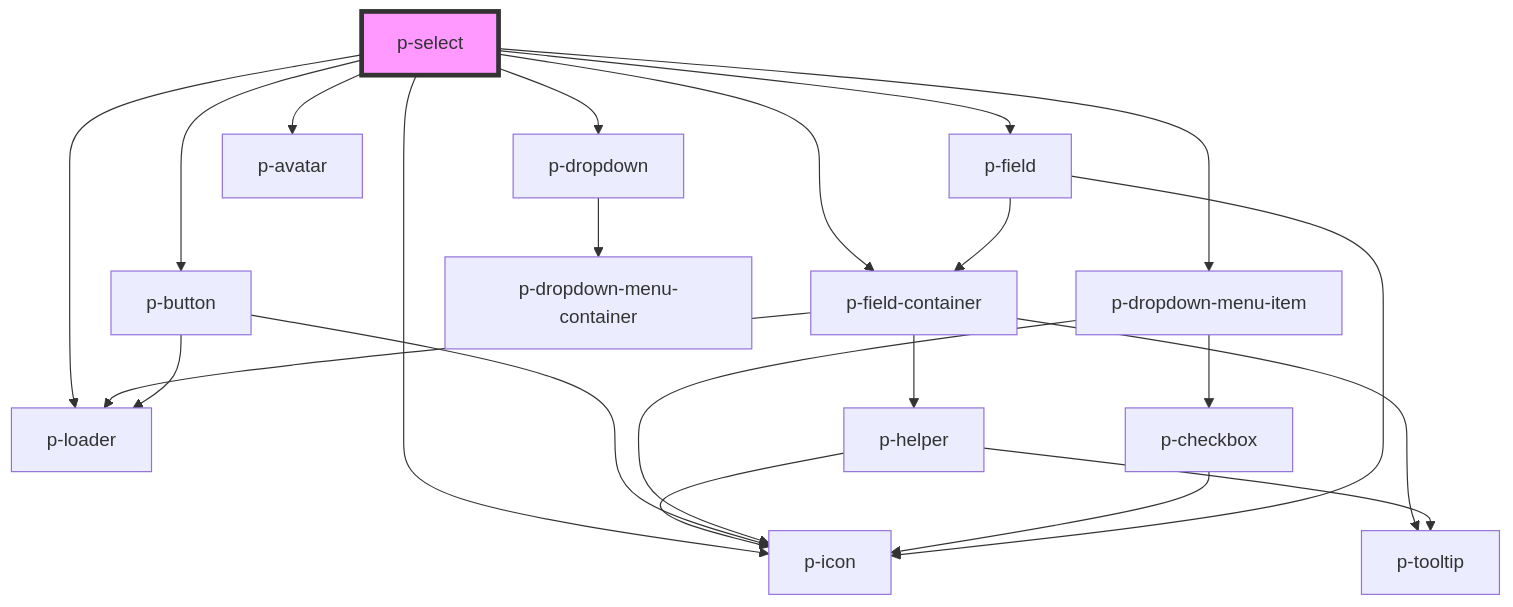
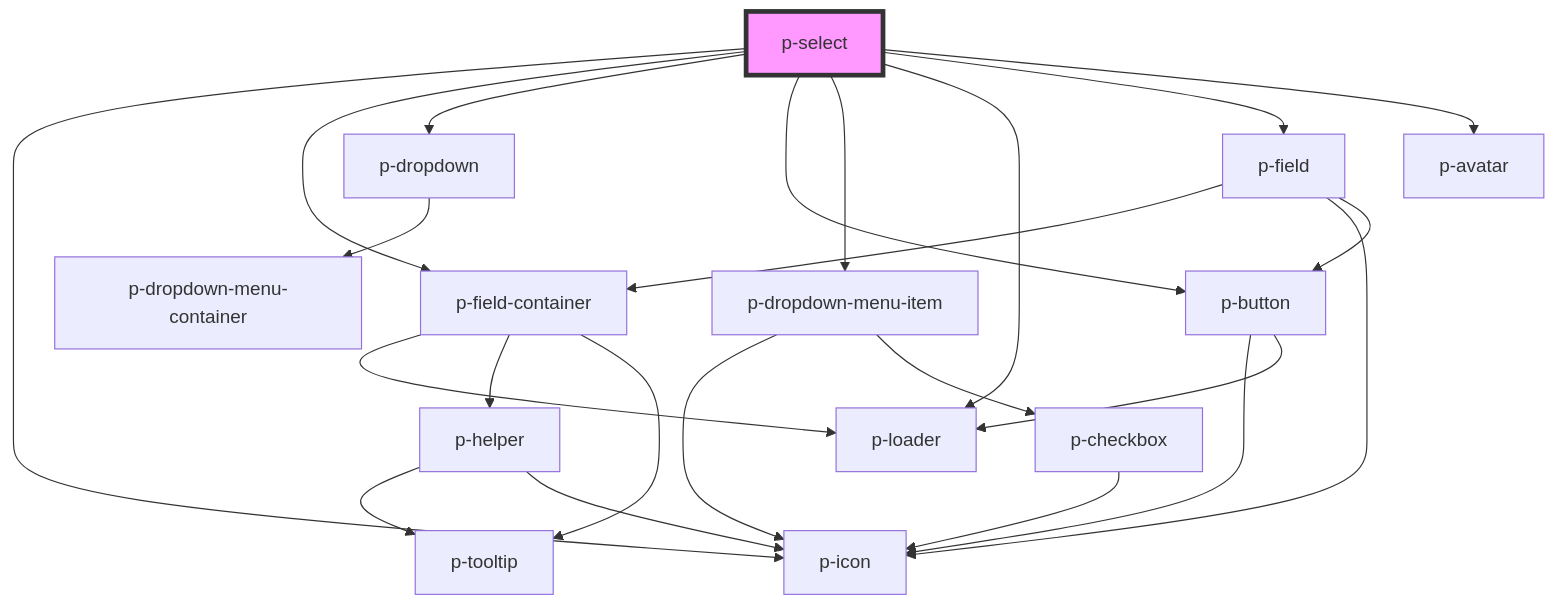
The diagram in packages/core/src/components/molecules/select/readme.md (Employes/Paperless), drawn with Mermaid before and after one commit. The commit also changed 7 other files, not shown here.

Commit message:
feat(molecules/field): Add ability to show add button

````diff
--- a/packages/core/src/components/molecules/select/readme.md
+++ b/packages/core/src/components/molecules/select/readme.md
@@ -80,25 +80,26 @@
 ```mermaid
 graph TD;
   p-select --> p-icon
   p-select --> p-field-container
   p-select --> p-dropdown
   p-select --> p-button
   p-select --> p-dropdown-menu-item
   p-select --> p-loader
   p-select --> p-field
   p-select --> p-avatar
   p-field-container --> p-loader
   p-field-container --> p-helper
   p-field-container --> p-tooltip
   p-helper --> p-tooltip
   p-helper --> p-icon
   p-dropdown --> p-dropdown-menu-container
   p-button --> p-icon
   p-button --> p-loader
   p-dropdown-menu-item --> p-icon
   p-dropdown-menu-item --> p-checkbox
   p-checkbox --> p-icon
   p-field --> p-field-container
   p-field --> p-icon
+  p-field --> p-button
   style p-select fill:#f9f,stroke:#333,stroke-width:4px
 ```
````
